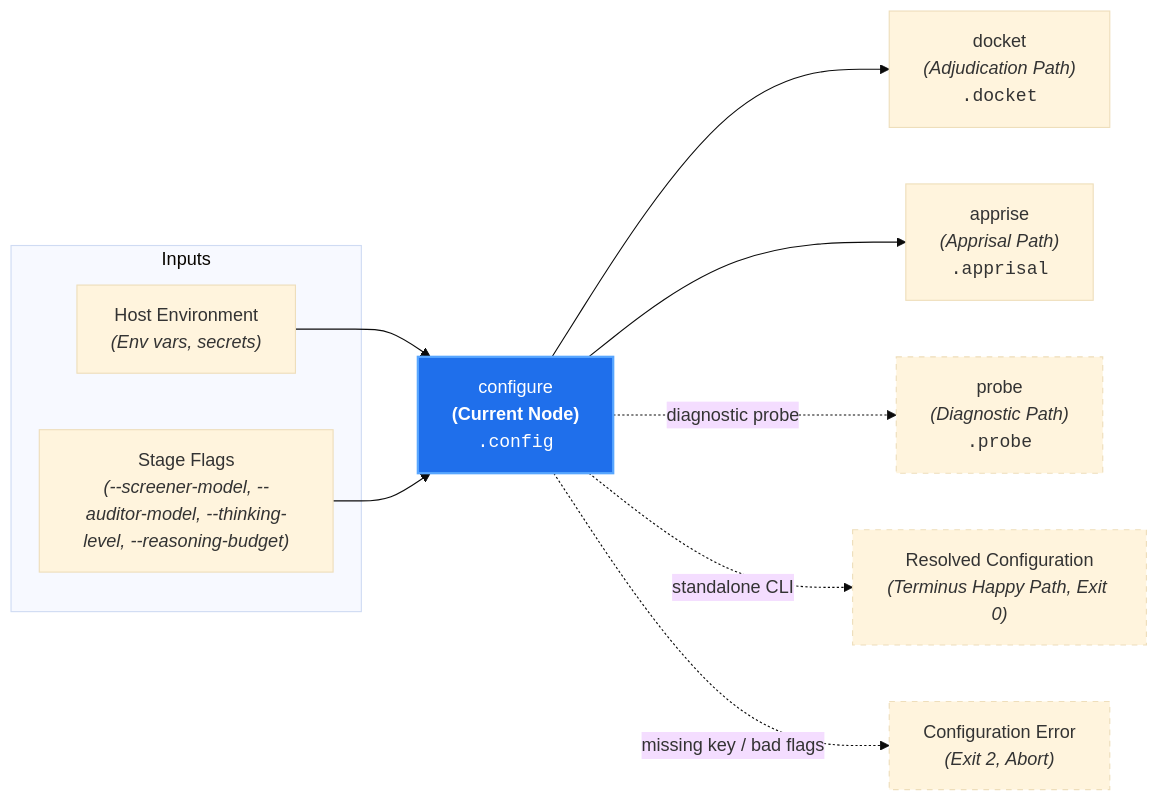
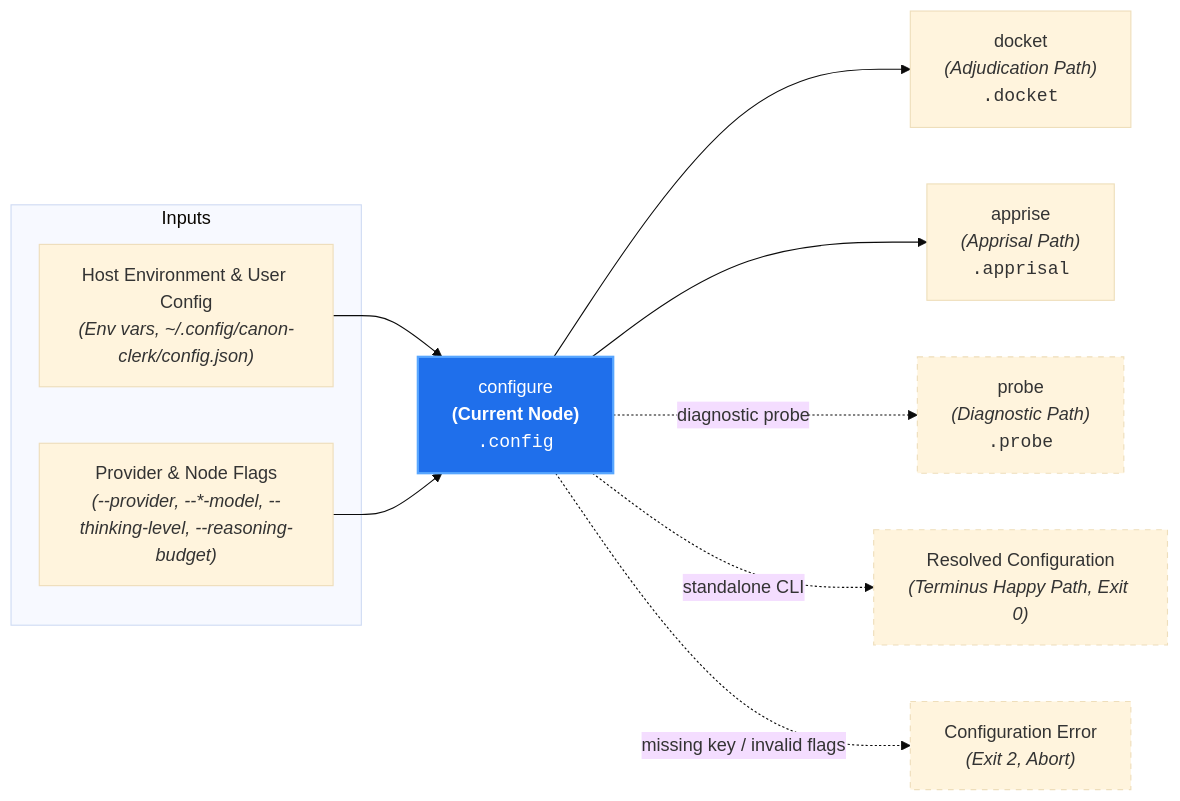
Before and after one commit to PAIR-code/canon-clerk: the diagram in docs/architecture/nodes/configure.md, drawn with Mermaid (base theme). The commit also changed other lines of this file and 82 other files, not shown here.

First line of the commit message:
feat(configuration,core,cli)!: replace screener/auditor tiers with provider- and node-cascaded model configuration (#336) (#337)

````diff
--- a/docs/architecture/nodes/configure.md
+++ b/docs/architecture/nodes/configure.md
@@ -21,21 +21,21 @@
 ```mermaid
 flowchart LR
     subgraph Inputs["Inputs"]
-        Env["Host Environment<br/><i>(Env vars, secrets)</i>"]
-        Params["Stage Flags<br/><i>(--screener-model, --auditor-model, --thinking-level, --reasoning-budget)</i>"]
+        Env["Host Environment & User Config<br/><i>(Env vars, ~/.config/canon-clerk/config.json)</i>"]
+        Params["Provider & Node Flags<br/><i>(--provider, --*-model, --thinking-level, --reasoning-budget)</i>"]
     end
 
     Env --> Config["configure<br/><b>(Current Node)</b><br/><code>.config</code>"]
     Params --> Config
 
     Config --> Docket["docket<br/><i>(Adjudication Path)</i><br/><code>.docket</code>"]
     Config --> Apprise["apprise<br/><i>(Apprisal Path)</i><br/><code>.apprisal</code>"]
     Config -. "diagnostic probe" .-> Probe["probe<br/><i>(Diagnostic Path)</i><br/><code>.probe</code>"]
     Config -. "standalone CLI" .-> ConfigReport["Resolved Configuration<br/><i>(Terminus Happy Path, Exit 0)</i>"]
-    Config -. "missing key / bad flags" .-> Error["Configuration Error<br/><i>(Exit 2, Abort)</i>"]
+    Config -. "missing key / invalid flags" .-> Error["Configuration Error<br/><i>(Exit 2, Abort)</i>"]
 
     style Config fill:#1f6feb,stroke:#58a6ff,stroke-width:2px,color:#fff
     style ConfigReport stroke-dasharray: 5 5
     style Probe stroke-dasharray: 5 5
     style Error stroke-dasharray: 5 5
 ```
````
